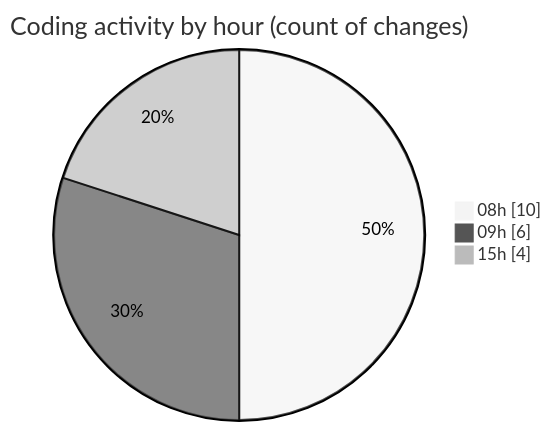
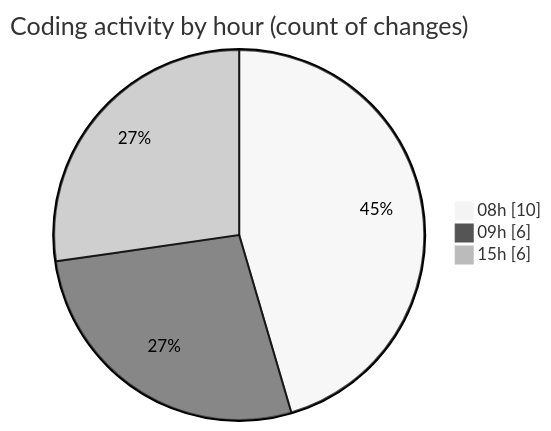
One commit to ricardozamudiocil/code-tracking changed the second of 2 diagrams in 2026-05-19/cilapp/README.md. Above: the diagram before and after it, drawn with Mermaid (neutral theme). The commit also changed other lines of this file and 1 other file, not shown here.

````diff
--- a/2026-05-19/cilapp/README.md
+++ b/2026-05-19/cilapp/README.md
@@ -31,7 +32,7 @@
 ```mermaid
 pie showData
 title Coding activity by hour (count of changes)
 "08h" : 10
 "09h" : 6
-"15h" : 4
+"15h" : 6
 ```
````
